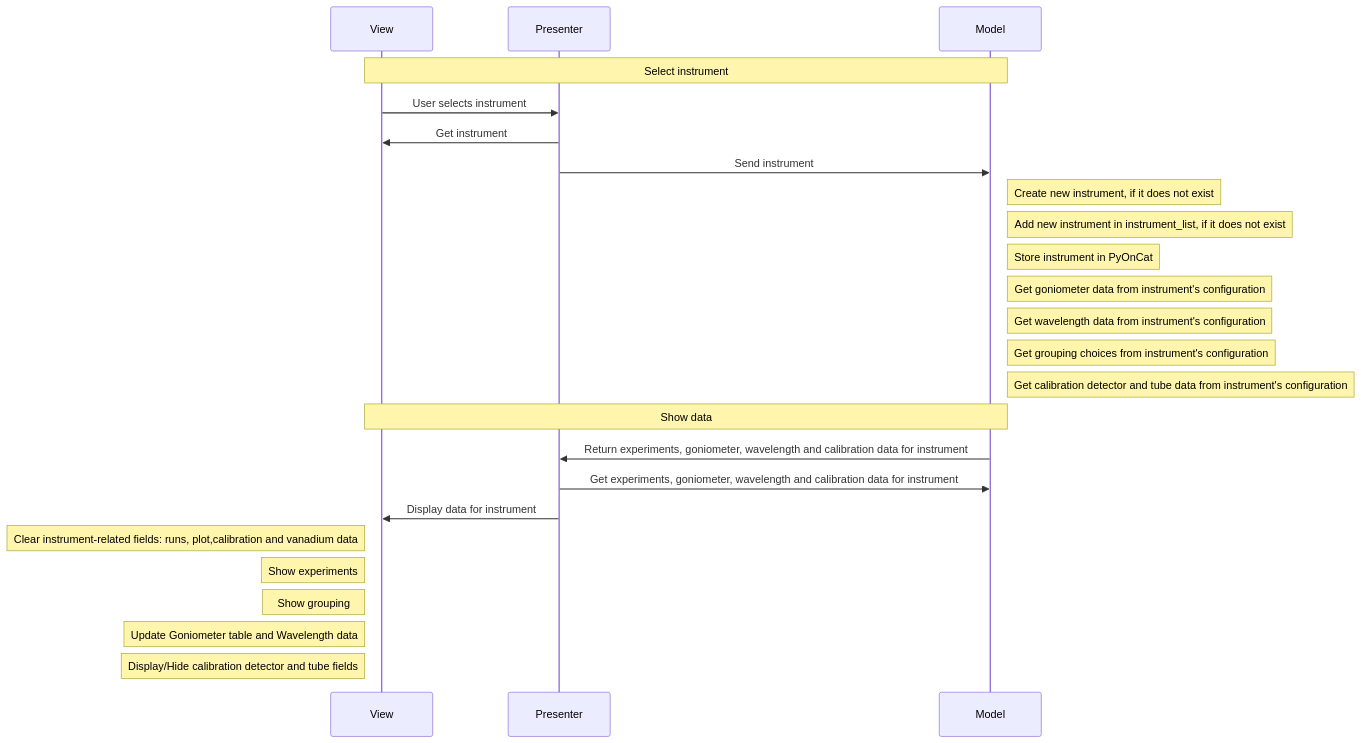
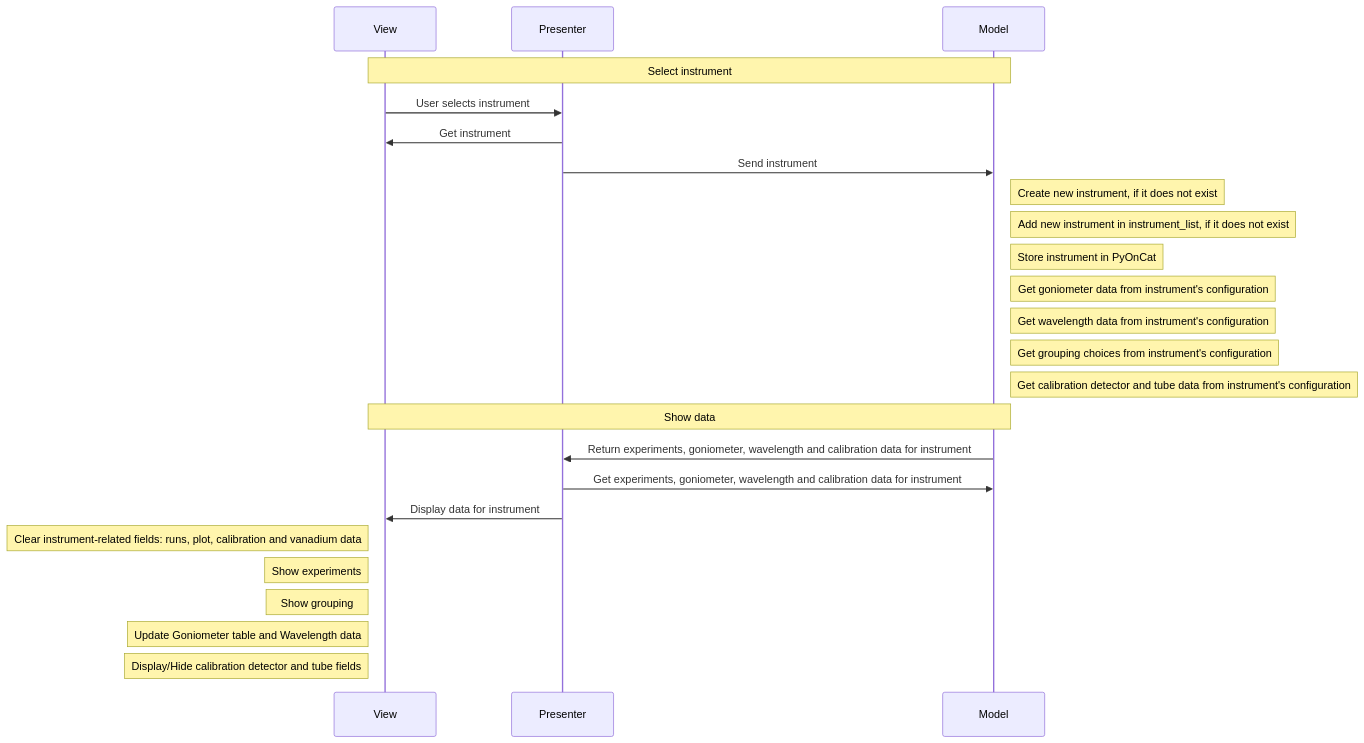
Diagram 12 of 13 in docs/source/design/reduction_plan_mvp.rst (neutrons/garnet), drawn with Mermaid before and after one commit. The commit also changed other lines of this file, not shown here.

```diff
--- a/docs/source/design/reduction_plan_mvp.rst
+++ b/docs/source/design/reduction_plan_mvp.rst
@@ -512,27 +489,27 @@
     .. mermaid::
 
         sequenceDiagram
             participant View
             participant Presenter
             participant Model
 
             Note over View,Model: Select instrument
             View->>Presenter: User selects instrument
             Presenter->>View: Get instrument
             Presenter->>Model: Send instrument
             Note right of Model: Create new instrument, if it does not exist
             Note right of Model: Add new instrument in instrument_list, if it does not exist
             Note right of Model: Store instrument in PyOnCat
             Note right of Model: Get goniometer data from instrument's configuration
             Note right of Model: Get wavelength data from instrument's configuration
             Note right of Model: Get grouping choices from instrument's configuration
             Note right of Model: Get calibration detector and tube data from instrument's configuration
             Note over View,Model: Show data
             Model->>Presenter: Return experiments, goniometer, wavelength and calibration data for instrument
             Presenter->>Model: Get experiments, goniometer, wavelength and calibration data for instrument
             Presenter->>View: Display data for instrument
-            Note left of View: Clear instrument-related fields: runs, plot,calibration and vanadium data
+            Note left of View: Clear instrument-related fields: runs, plot, calibration and vanadium data
             Note left of View: Show experiments
             Note left of View: Show grouping
             Note left of View: Update Goniometer table and Wavelength data
             Note left of View: Display/Hide calibration detector and tube fields
```
